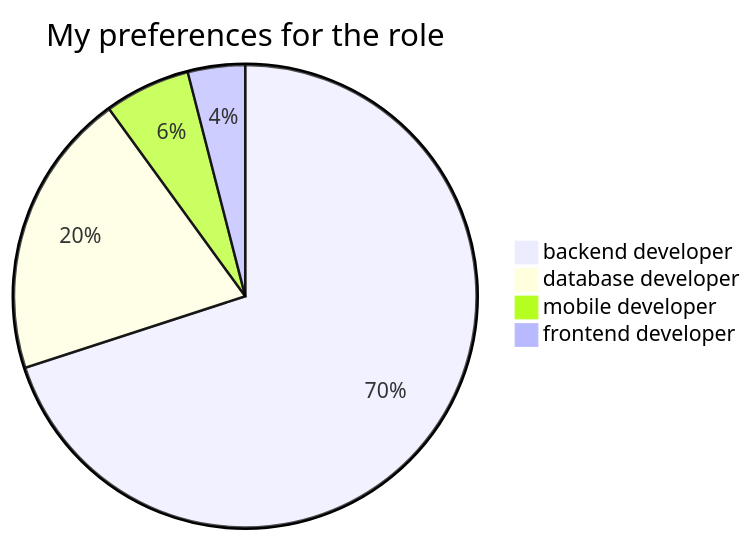
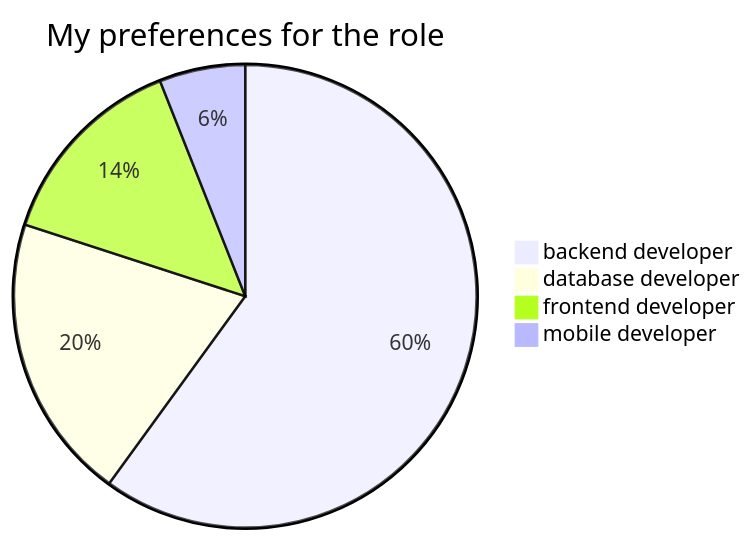
The diagram in README.md (VladimirNikel/VladimirNikel), drawn with Mermaid before and after one commit.

````diff
--- a/README.md
+++ b/README.md
@@ -11,7 +11,7 @@
 ```mermaid
 pie title My preferences for the role
-    "backend developer" : 70
+    "backend developer" : 60
     "database developer" : 20
-    "mobile developer" : 6
-    "frontend developer" : 4
+    "frontend developer" : 14
+    "mobile developer" : 6    
 ```
````
